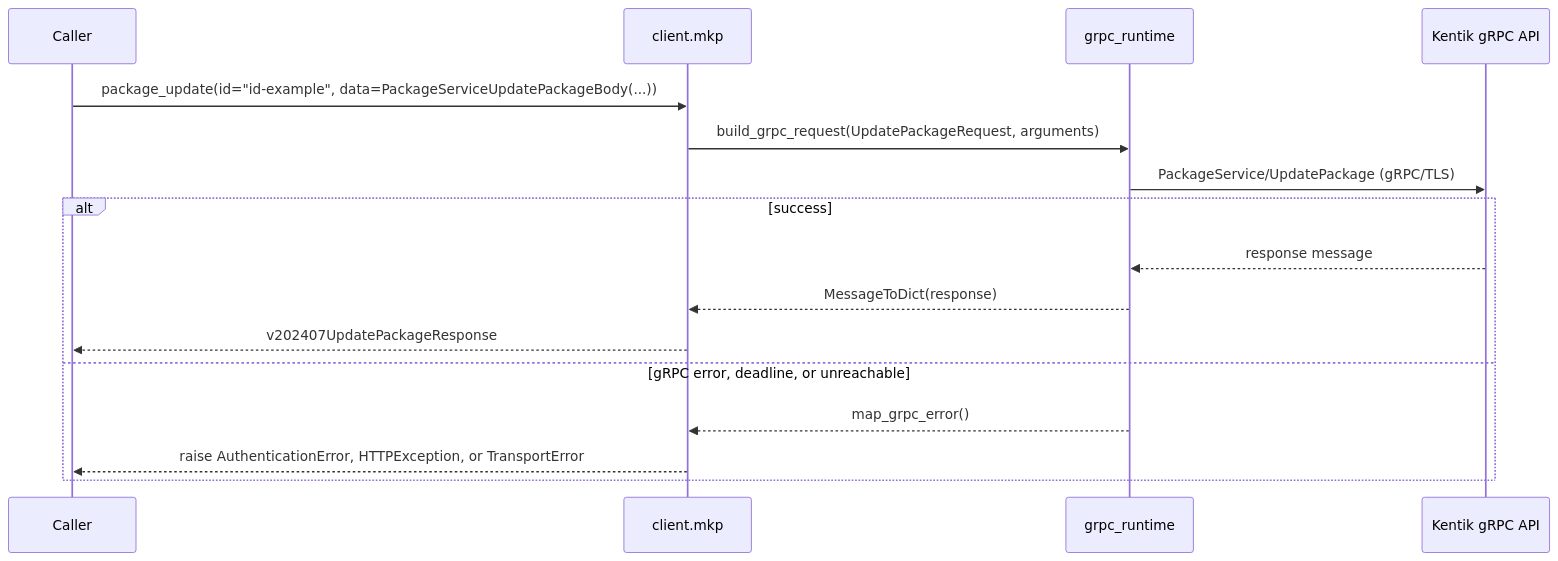
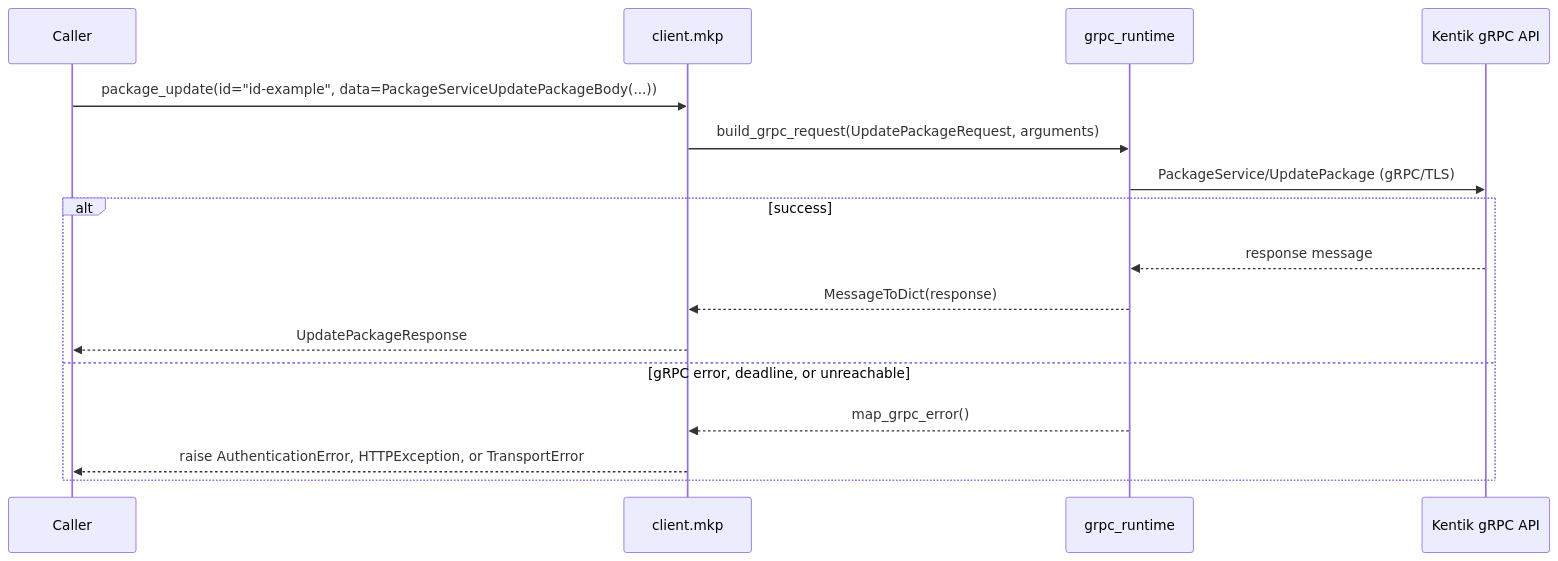
Before and after one commit to alexdearaujo/community_sdk_python: the ninth of 30 diagrams in docs/sphinx/services/mkp.md, drawn with Mermaid. The commit also changed other lines of this file and 38 other files, not shown here.

````diff
--- a/docs/sphinx/services/mkp.md
+++ b/docs/sphinx/services/mkp.md
@@ -281,19 +281,19 @@
 ```mermaid
 sequenceDiagram
     participant C as Caller
     participant W as client.mkp
     participant R as grpc_runtime
     participant API as Kentik gRPC API
 
     C->>W: package_update(id="id-example", data=PackageServiceUpdatePackageBody(...))
     W->>R: build_grpc_request(UpdatePackageRequest, arguments)
     R->>API: PackageService/UpdatePackage (gRPC/TLS)
     alt success
         API-->>R: response message
         R-->>W: MessageToDict(response)
-        W-->>C: v202407UpdatePackageResponse
+        W-->>C: UpdatePackageResponse
     else gRPC error, deadline, or unreachable
         R-->>W: map_grpc_error()
         W-->>C: raise AuthenticationError, HTTPException, or TransportError
     end
 ```
````
